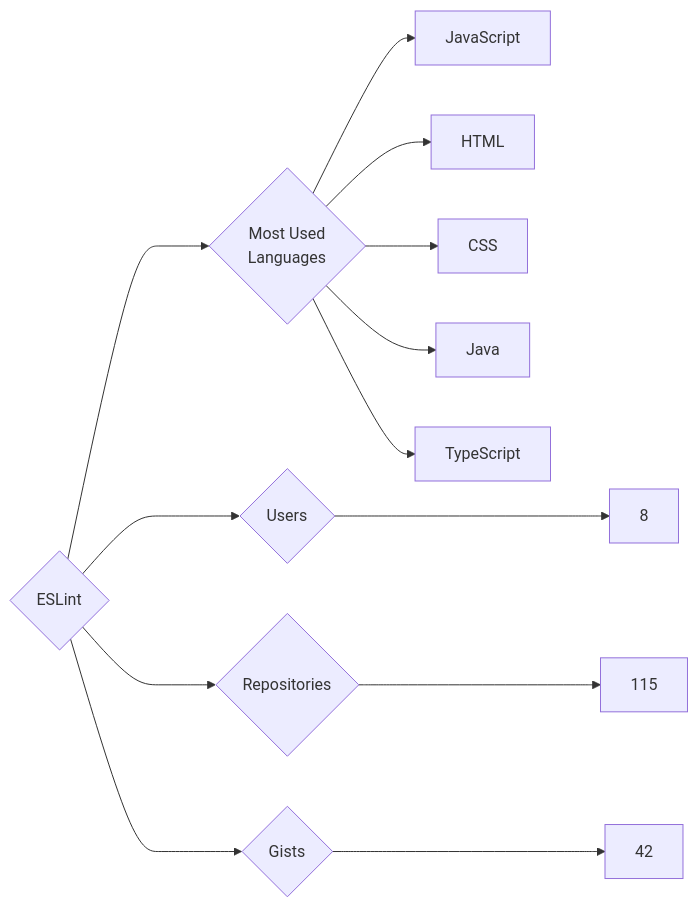
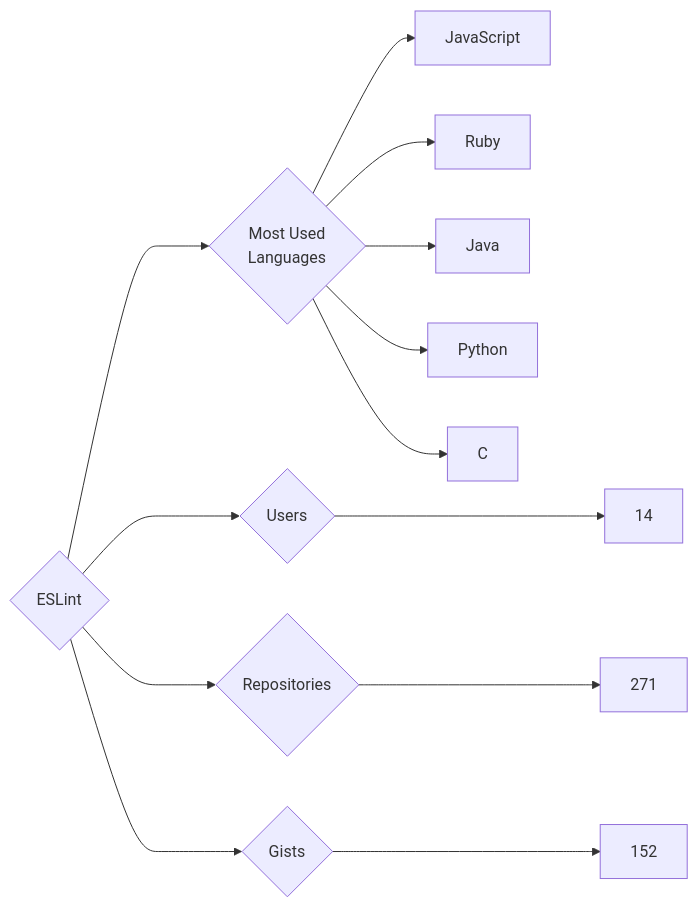
The diagram in targets/ESLint/README.md (trickest/insiders), drawn with Mermaid before and after one commit. The commit also changed 1170 other files, not shown here.

````diff
--- a/targets/ESLint/README.md
+++ b/targets/ESLint/README.md
@@ -3,13 +3,13 @@
 ```mermaid
 graph LR
 COMPANY_NAME{ESLint}
-COMPANY_NAME ---> U{Users} ---> UN[8]
-COMPANY_NAME ---> R{Repositories} ---> RN[115]
-COMPANY_NAME ---> G{Gists} ---> GN[42]
+COMPANY_NAME ---> U{Users} ---> UN[14]
+COMPANY_NAME ---> R{Repositories} ---> RN[271]
+COMPANY_NAME ---> G{Gists} ---> GN[152]
 COMPANY_NAME ---> ML{Most Used<br>Languages}
 ML --> JavaScript[JavaScript]
-ML --> HTML[HTML]
-ML --> CSS[CSS]
+ML --> Ruby[Ruby]
 ML --> Java[Java]
-ML --> TypeScript[TypeScript]
+ML --> Python[Python]
+ML --> C[C]
 ```
````
